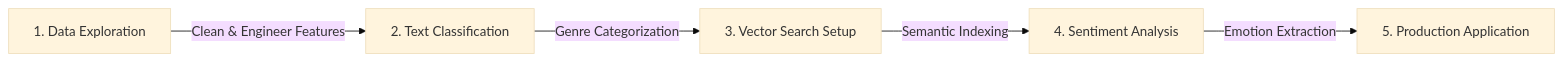
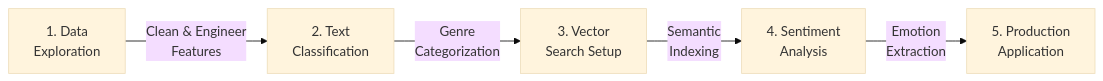
One commit to ParasAhuja15/Book-Recommender-System changed the second of 2 diagrams in README.md. Above: the diagram before and after it, drawn with Mermaid (base theme).

````diff
--- a/README.md
+++ b/README.md
@@ -141,8 +141,8 @@
 ```mermaid
 graph LR
-    A[1. Data Exploration] -->|Clean & Engineer Features| B[2. Text Classification]
-    B -->|Genre Categorization| C[3. Vector Search Setup]
-    C -->|Semantic Indexing| D[4. Sentiment Analysis]
-    D -->|Emotion Extraction| E[5. Production Application]
+    A[1. Data<br/>Exploration] -->|Clean & Engineer<br/>Features| B[2. Text<br/>Classification]
+    B -->|Genre<br/>Categorization| C[3. Vector<br/>Search Setup]
+    C -->|Semantic<br/>Indexing| D[4. Sentiment<br/>Analysis]
+    D -->|Emotion<br/>Extraction| E[5. Production<br/>Application]
 
 ```
````
